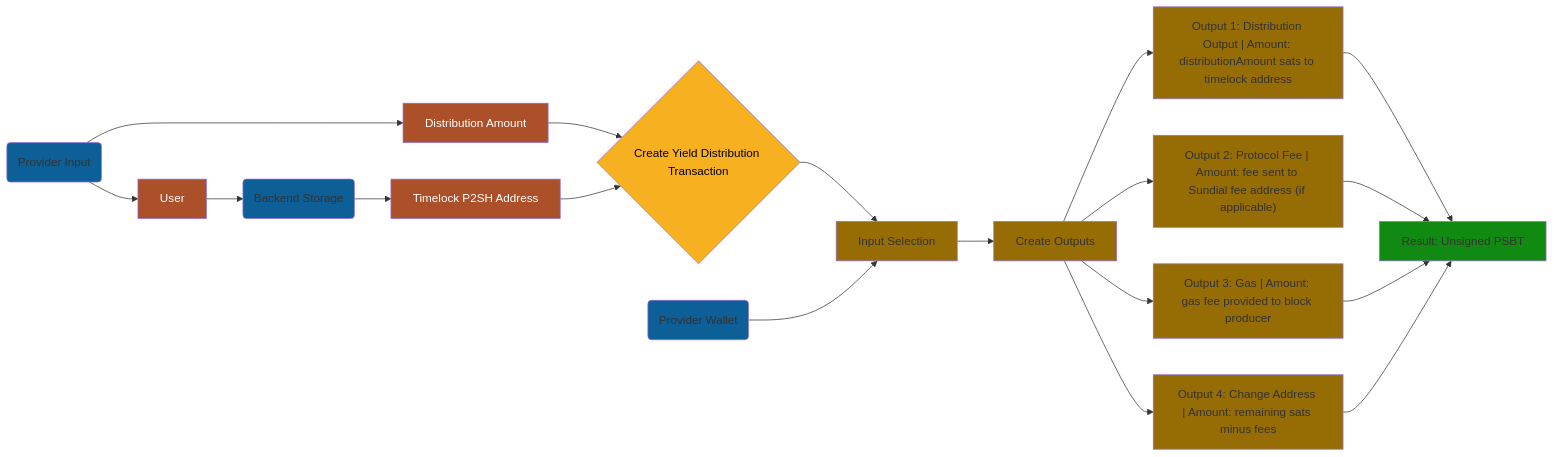
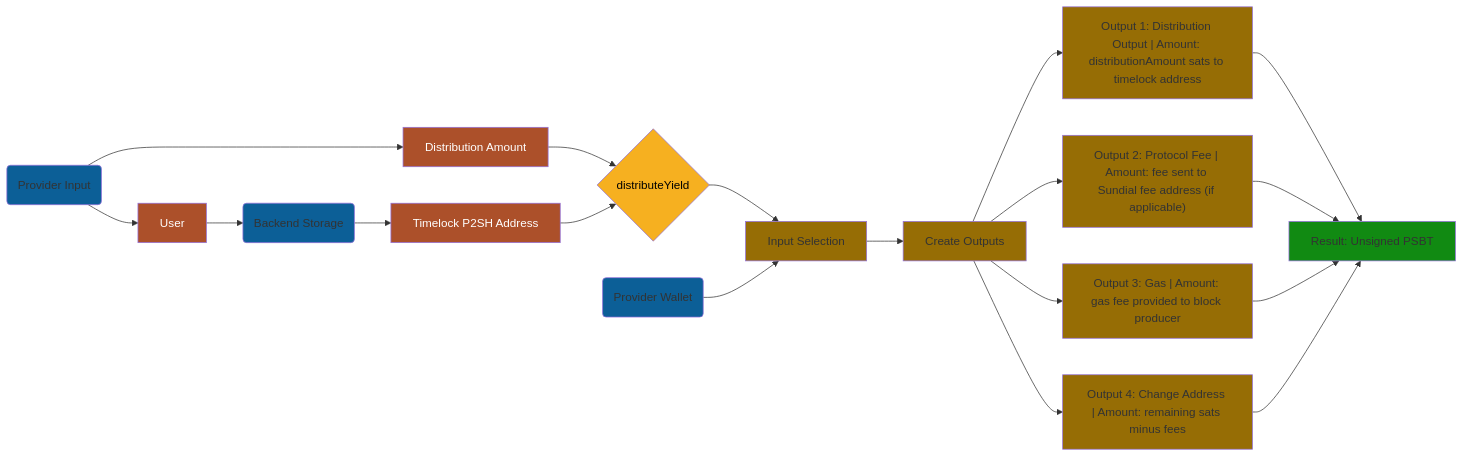
One commit to sundial-protocol/btc-locker changed the third of 4 diagrams in spec/v0/user-stories.md. Above: the diagram before and after it, drawn with Mermaid. The commit also changed other lines of this file, not shown here.

Commit message:
v0 withdrawal story mermaid

````diff
--- a/spec/v0/user-stories.md
+++ b/spec/v0/user-stories.md
@@ -173,38 +176,38 @@
 ```mermaid
 flowchart LR
     Wallet(Provider Wallet)
     Input(Provider Input) --> User
     Input --> Amount[Distribution Amount]
 
-    Amount --> MkTx{Create Yield Distribution Transaction}
+    Amount --> MkTx{distributeYield}
     User --> Backend(Backend Storage)
 
     Backend --> P2SH[Timelock P2SH Address]
     P2SH --> MkTx
 
     MkTx --> Selection[Input Selection]
     Wallet --> Selection
     Selection --> Creation[Create Outputs]
 
     Creation --> O1["Output 1: Distribution Output | Amount: distributionAmount sats to timelock address"]
     Creation --> O2["Output 2: Protocol Fee | Amount: fee sent to Sundial fee address (if applicable)"]
     Creation --> O3["Output 3: Gas | Amount: gas fee provided to block producer"]
     Creation --> O4["Output 4: Change Address | Amount: remaining sats minus fees"]
 
     O1 --> Result[Result: Unsigned PSBT]
     O2 --> Result
     O3 --> Result
     O4 --> Result
 
     classDef actor fill:#0c5f97
     classDef methodStep fill:#966D05
     classDef result fill:#118a12
     classDef input fill:#ac502a,color:#fff
     classDef method fill:#F6B020,color:#000
 
     class Wallet,Input,Backend actor
     class Selection,Creation,O1,O2,O3,O4 methodStep
     class Result result
     class MkTx method
     class Amount,User,P2SH input
 ```
````
